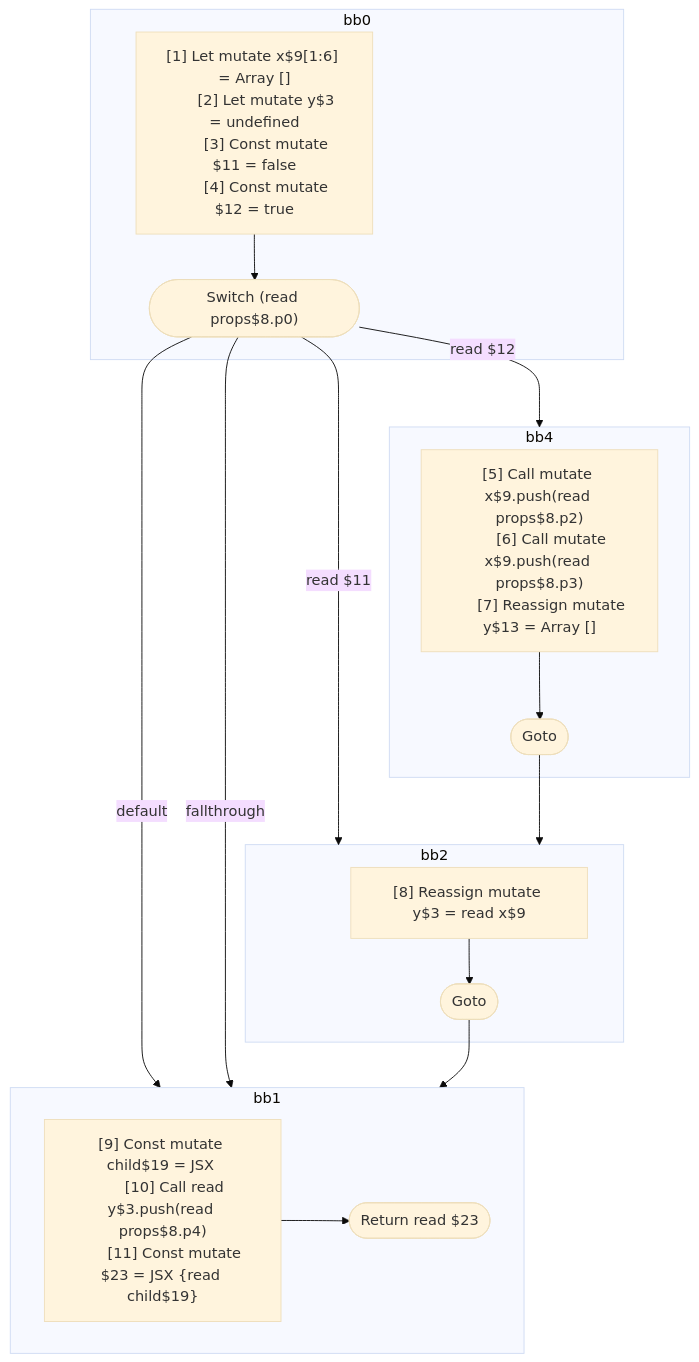
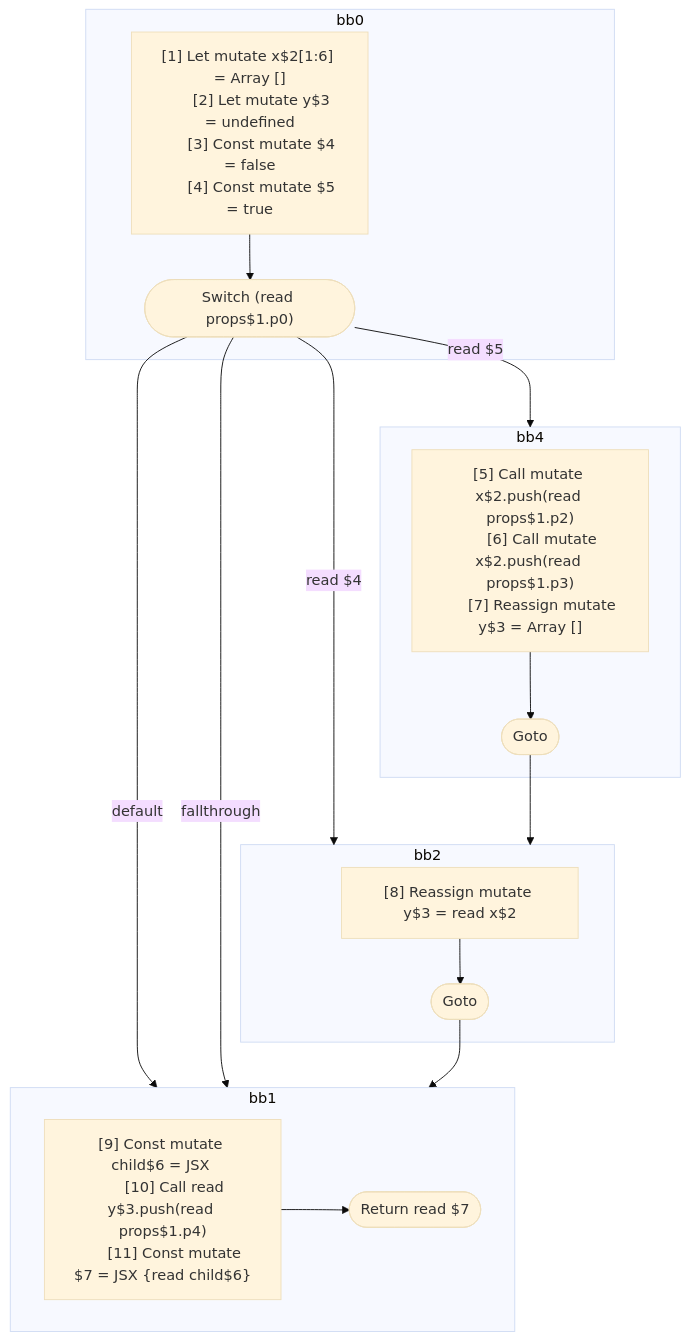
Before and after one commit to wutsmog/private: the diagram in compiler/forget/src/__tests__/fixtures/hir/switch.expect.md, drawn with Mermaid (base theme). The commit also changed other lines of this file and 57 other files, not shown here.

````diff
--- a/compiler/forget/src/__tests__/fixtures/hir/switch.expect.md
+++ b/compiler/forget/src/__tests__/fixtures/hir/switch.expect.md
@@ -59,44 +59,44 @@
 ```mermaid
 flowchart TB
   %% Basic Blocks
   subgraph bb0
     bb0_instrs["
-      [1] Let mutate x$9[1:6] = Array []
+      [1] Let mutate x$2[1:6] = Array []
       [2] Let mutate y$3 = undefined
-      [3] Const mutate $11 = false
-      [4] Const mutate $12 = true
+      [3] Const mutate $4 = false
+      [4] Const mutate $5 = true
     "]
-    bb0_instrs --> bb0_terminal(["Switch (read props$8.p0)"])
+    bb0_instrs --> bb0_terminal(["Switch (read props$1.p0)"])
   end
   subgraph bb4
     bb4_instrs["
-      [5] Call mutate x$9.push(read props$8.p2)
-      [6] Call mutate x$9.push(read props$8.p3)
-      [7] Reassign mutate y$13 = Array []
+      [5] Call mutate x$2.push(read props$1.p2)
+      [6] Call mutate x$2.push(read props$1.p3)
+      [7] Reassign mutate y$3 = Array []
     "]
     bb4_instrs --> bb4_terminal(["Goto"])
   end
   subgraph bb2
     bb2_instrs["
-      [8] Reassign mutate y$3 = read x$9
+      [8] Reassign mutate y$3 = read x$2
     "]
     bb2_instrs --> bb2_terminal(["Goto"])
   end
   subgraph bb1
     bb1_instrs["
-      [9] Const mutate child$19 = JSX <read Component$0 data={freeze x$9} ></read Component$0>
-      [10] Call read y$3.push(read props$8.p4)
-      [11] Const mutate $23 = JSX <read Component$0 data={read y$3} >{read child$19}</read Component$0>
+      [9] Const mutate child$6 = JSX <read Component$0 data={freeze x$2} ></read Component$0>
+      [10] Call read y$3.push(read props$1.p4)
+      [11] Const mutate $7 = JSX <read Component$0 data={read y$3} >{read child$6}</read Component$0>
     "]
-    bb1_instrs --> bb1_terminal(["Return read $23"])
+    bb1_instrs --> bb1_terminal(["Return read $7"])
   end
 
   %% Jumps
-  bb0_terminal -- read $12 --> bb4
-  bb0_terminal -- read $11 --> bb2
+  bb0_terminal -- read $5 --> bb4
+  bb0_terminal -- read $4 --> bb2
   bb0_terminal -- default --> bb1
   bb0_terminal -- fallthrough --> bb1
   bb4_terminal --> bb2
   bb2_terminal --> bb1
 
 ```
````
